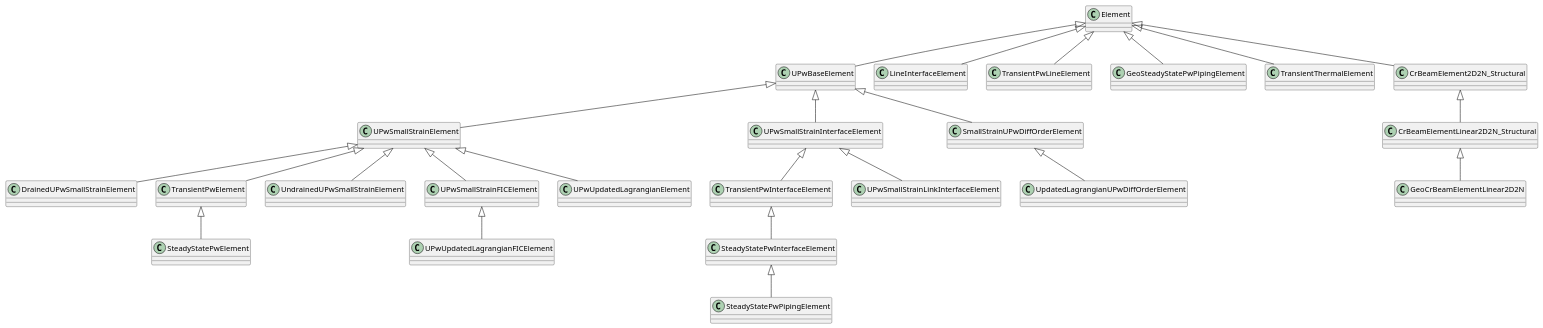
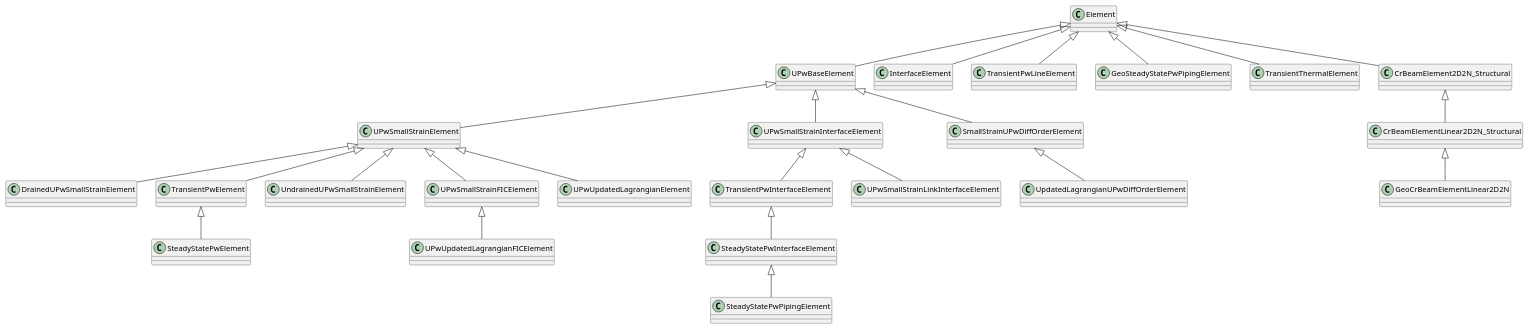
One commit to KratosMultiphysics/Kratos changed the diagram in applications/GeoMechanicsApplication/custom_elements/element_hierarchy.puml. Above: the diagram before and after it, drawn with PlantUML. The commit also changed 4 other files, not shown here.

Commit message:
renamed LineInterfaceElement as InterfaceElement

```diff
--- a/applications/GeoMechanicsApplication/custom_elements/element_hierarchy.puml
+++ b/applications/GeoMechanicsApplication/custom_elements/element_hierarchy.puml
@@ -1,74 +1,74 @@
 @startuml
 'https://plantuml.com/class-diagram
 
 class Element
 
 'UPW
 class UPwBaseElement
 
 class UPwSmallStrainElement
 class DrainedUPwSmallStrainElement
 class TransientPwElement
 class SteadyStatePwElement
 class UndrainedUPwSmallStrainElement
 class UPwSmallStrainFICElement
 class UPwUpdatedLagrangianFICElement
 class UPwUpdatedLagrangianElement
 
 class UPwSmallStrainInterfaceElement
 class TransientPwInterfaceElement
 class SteadyStatePwInterfaceElement
 class SteadyStatePwPipingElement
 class UPwSmallStrainLinkInterfaceElement
 
 Element <|-- UPwBaseElement
 UPwBaseElement <|-- UPwSmallStrainElement
 
 UPwSmallStrainElement <|-- DrainedUPwSmallStrainElement
 UPwSmallStrainElement <|-- TransientPwElement
 TransientPwElement <|-- SteadyStatePwElement
 UPwSmallStrainElement <|-- UndrainedUPwSmallStrainElement
 UPwSmallStrainElement <|-- UPwSmallStrainFICElement
 UPwSmallStrainFICElement <|-- UPwUpdatedLagrangianFICElement
 UPwSmallStrainElement <|-- UPwUpdatedLagrangianElement
 
 '
 '
 'Diff Order
 class SmallStrainUPwDiffOrderElement
 class UpdatedLagrangianUPwDiffOrderElement
 
 UPwBaseElement <|-- SmallStrainUPwDiffOrderElement
 SmallStrainUPwDiffOrderElement <|-- UpdatedLagrangianUPwDiffOrderElement
 
 UPwBaseElement <|-- UPwSmallStrainInterfaceElement
 UPwSmallStrainInterfaceElement <|-- TransientPwInterfaceElement
 TransientPwInterfaceElement <|-- SteadyStatePwInterfaceElement
 SteadyStatePwInterfaceElement <|-- SteadyStatePwPipingElement
 UPwSmallStrainInterfaceElement <|-- UPwSmallStrainLinkInterfaceElement
 
-class LineInterfaceElement
-Element <|-- LineInterfaceElement
+class InterfaceElement
+Element <|-- InterfaceElement
 
 'Pw Elements
 class TransientPwLineElement
 class GeoSteadyStatePwPipingElement
 
 Element <|-- TransientPwLineElement
 Element <|-- GeoSteadyStatePwPipingElement
 
 ''Thermal
 class TransientThermalElement
 Element <|-- TransientThermalElement
 '
 '
 'Structural
 class CrBeamElement2D2N_Structural
 class CrBeamElementLinear2D2N_Structural
 class GeoCrBeamElementLinear2D2N
 
 Element <|-- CrBeamElement2D2N_Structural
 CrBeamElement2D2N_Structural <|-- CrBeamElementLinear2D2N_Structural
 CrBeamElementLinear2D2N_Structural <|-- GeoCrBeamElementLinear2D2N
 
 @enduml
```
